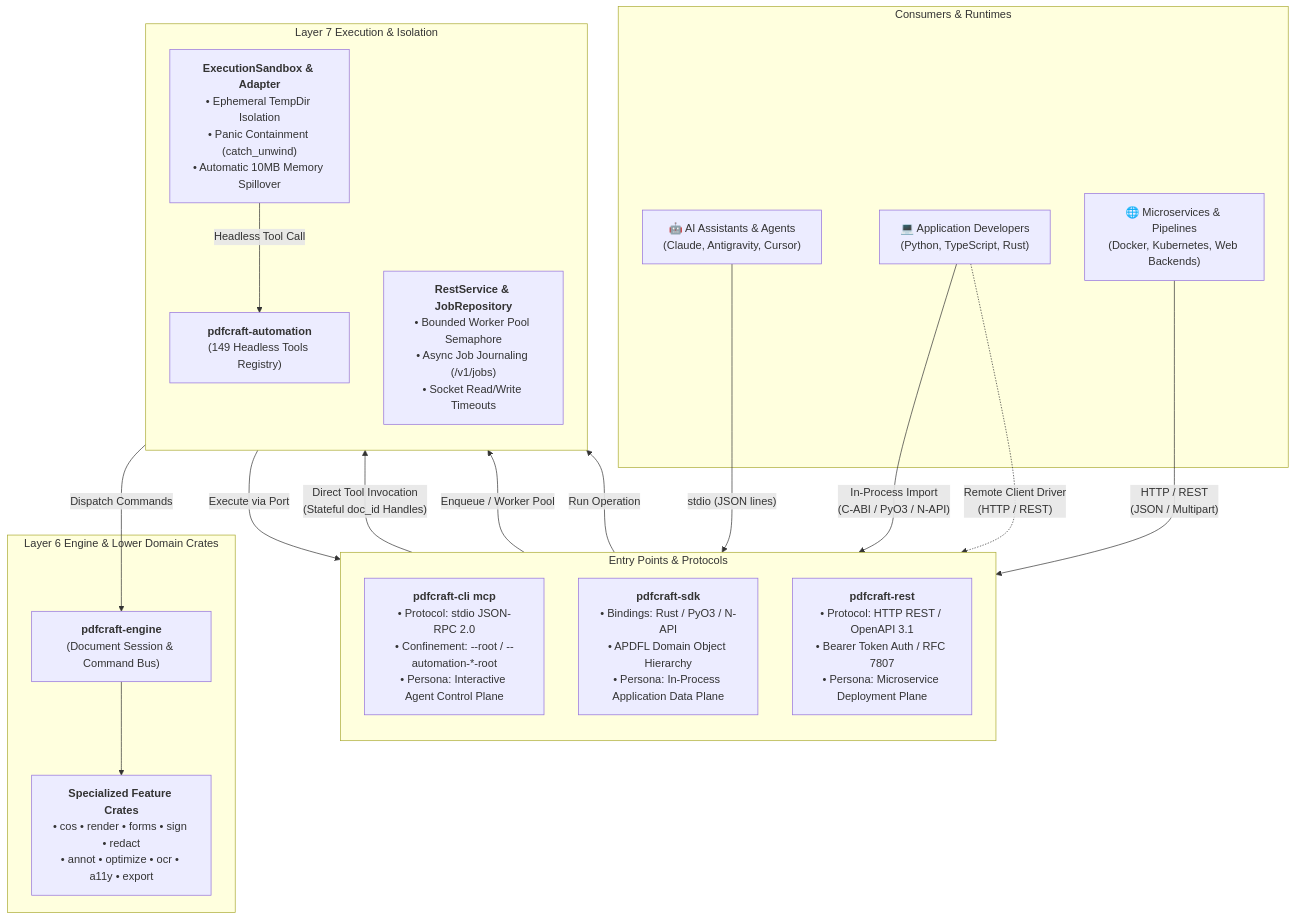
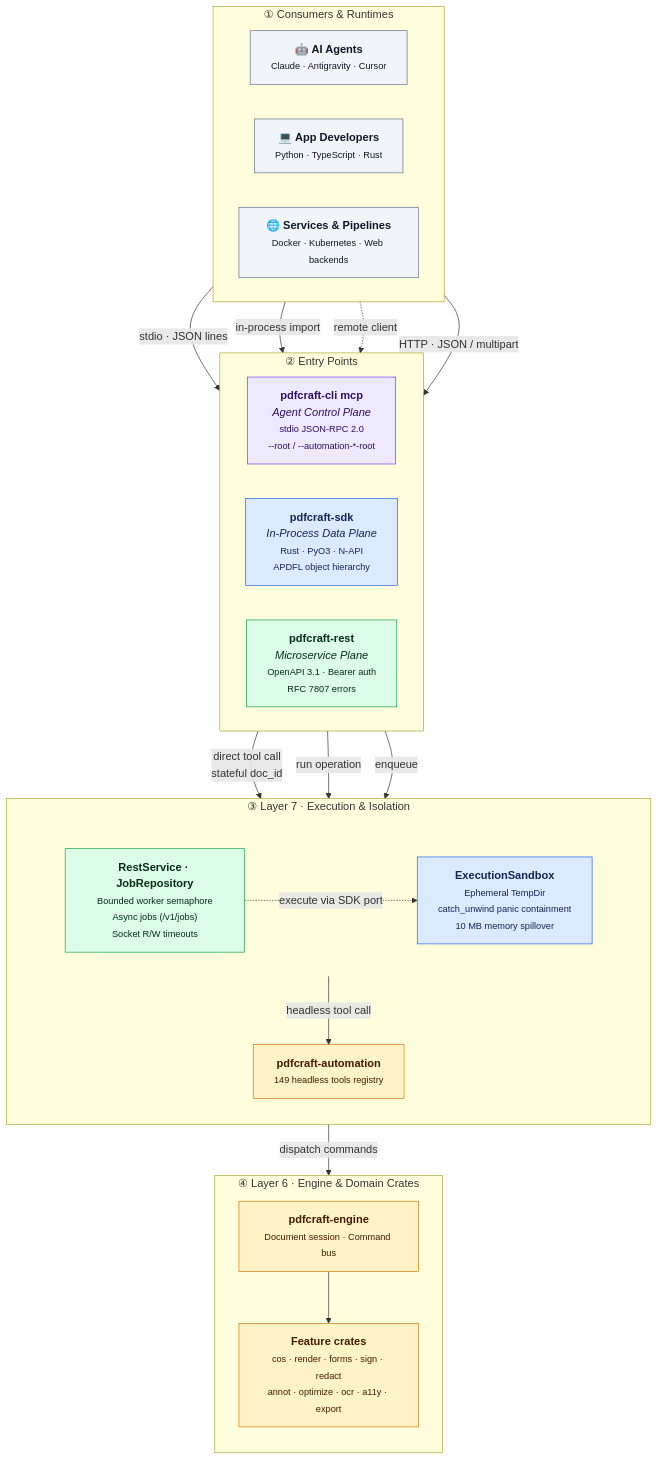
One commit to OddTony/clone.pdfcraft changed the diagram in docs/sdk/control-planes.md. Above: the diagram before and after it, drawn with Mermaid. The commit also changed other lines of this file and 1 other file, not shown here.

Commit message:
docs(sdk): adopt styled, cleaner Mermaid architecture diagram

````diff
--- a/docs/sdk/control-planes.md
+++ b/docs/sdk/control-planes.md
@@ -12,42 +12,66 @@
 ```mermaid
-flowchart TD
-    subgraph Clients["Consumers & Runtimes"]
-        A["🤖 AI Assistants & Agents\n(Claude, Antigravity, Cursor)"]
-        B["💻 Application Developers\n(Python, TypeScript, Rust)"]
-        C["🌐 Microservices & Pipelines\n(Docker, Kubernetes, Web Backends)"]
+flowchart TB
+    %% ───────────── Layer: Consumers ─────────────
+    subgraph L1["① Consumers & Runtimes"]
+        direction LR
+        A["🤖 <b>AI Agents</b><br/><small>Claude · Antigravity · Cursor</small>"]
+        B["💻 <b>App Developers</b><br/><small>Python · TypeScript · Rust</small>"]
+        C["🌐 <b>Services & Pipelines</b><br/><small>Docker · Kubernetes · Web backends</small>"]
     end
 
-    subgraph EntryPoints["Entry Points & Protocols"]
-        direction TB
-        MCP["<b>pdfcraft-cli mcp</b>\n• Protocol: stdio JSON-RPC 2.0\n• Confinement: --root / --automation-*-root\n• Persona: Interactive Agent Control Plane"]
-        SDK["<b>pdfcraft-sdk</b>\n• Bindings: Rust / PyO3 / N-API\n• APDFL Domain Object Hierarchy\n• Persona: In-Process Application Data Plane"]
-        REST["<b>pdfcraft-rest</b>\n• Protocol: HTTP REST / OpenAPI 3.1\n• Bearer Token Auth / RFC 7807\n• Persona: Microservice Deployment Plane"]
+    %% ───────────── Layer: Entry Points ─────────────
+    subgraph L2["② Entry Points"]
+        direction LR
+        MCP["<b>pdfcraft-cli mcp</b><br/><i>Agent Control Plane</i><br/><small>stdio JSON-RPC 2.0<br/>--root / --automation-*-root</small>"]
+        SDK["<b>pdfcraft-sdk</b><br/><i>In-Process Data Plane</i><br/><small>Rust · PyO3 · N-API<br/>APDFL object hierarchy</small>"]
+        REST["<b>pdfcraft-rest</b><br/><i>Microservice Plane</i><br/><small>OpenAPI 3.1 · Bearer auth<br/>RFC 7807 errors</small>"]
     end
 
-    subgraph ExecutionLayer["Layer 7 Execution & Isolation"]
+    %% ───────────── Layer 7: Execution ─────────────
+    subgraph L3["③ Layer 7 · Execution & Isolation"]
         direction TB
-        AUTO["<b>pdfcraft-automation</b>\n(149 Headless Tools Registry)"]
-        SANDBOX["<b>ExecutionSandbox & Adapter</b>\n• Ephemeral TempDir Isolation\n• Panic Containment (catch_unwind)\n• Automatic 10MB Memory Spillover"]
-        QUEUE["<b>RestService & JobRepository</b>\n• Bounded Worker Pool Semaphore\n• Async Job Journaling (/v1/jobs)\n• Socket Read/Write Timeouts"]
+        subgraph L3a[" "]
+            direction LR
+            SANDBOX["<b>ExecutionSandbox</b><br/><small>Ephemeral TempDir<br/>catch_unwind panic containment<br/>10 MB memory spillover</small>"]
+            QUEUE["<b>RestService · JobRepository</b><br/><small>Bounded worker semaphore<br/>Async jobs (/v1/jobs)<br/>Socket R/W timeouts</small>"]
+        end
+        AUTO["<b>pdfcraft-automation</b><br/><small>149 headless tools registry</small>"]
     end
 
-    subgraph CoreEngine["Layer 6 Engine & Lower Domain Crates"]
-        ENGINE["<b>pdfcraft-engine</b>\n(Document Session & Command Bus)"]
-        CRATES["<b>Specialized Feature Crates</b>\n• cos • render • forms • sign • redact\n• annot • optimize • ocr • a11y • export"]
+    %% ───────────── Layer 6: Engine ─────────────
+    subgraph L4["④ Layer 6 · Engine & Domain Crates"]
+        direction TB
+        ENGINE["<b>pdfcraft-engine</b><br/><small>Document session · Command bus</small>"]
+        CRATES["<b>Feature crates</b><br/><small>cos · render · forms · sign · redact<br/>annot · optimize · ocr · a11y · export</small>"]
     end
 
-    %% Client connections
-    A -->|"stdio (JSON lines)"| MCP
-    B -->|"In-Process Import\n(C-ABI / PyO3 / N-API)"| SDK
-    B -.->|"Remote Client Driver\n(HTTP / REST)"| REST
-    C -->|"HTTP / REST\n(JSON / Multipart)"| REST
+    %% ───────────── Edges ─────────────
+    A  -->|"stdio · JSON lines"| MCP
+    B  -->|"in-process import"| SDK
+    B  -.->|"remote client"| REST
+    C  -->|"HTTP · JSON / multipart"| REST
 
-    %% Internal routing
-    MCP -->|"Direct Tool Invocation\n(Stateful doc_id Handles)"| AUTO
-    REST -->|"Enqueue / Worker Pool"| QUEUE
-    QUEUE -->|"Execute via Port"| SDK
-    SDK -->|"Run Operation"| SANDBOX
-    SANDBOX -->|"Headless Tool Call"| AUTO
-    AUTO -->|"Dispatch Commands"| ENGINE
+    MCP     -->|"direct tool call<br/>stateful doc_id"| AUTO
+    SDK     -->|"run operation"| SANDBOX
+    REST    -->|"enqueue"| QUEUE
+    QUEUE   -.->|"execute via SDK port"| SANDBOX
+    SANDBOX -->|"headless tool call"| AUTO
+
+    AUTO   -->|"dispatch commands"| ENGINE
     ENGINE --> CRATES
+
+    %% ───────────── Styling ─────────────
+    classDef consumer fill:#f1f5f9,stroke:#64748b,color:#0f172a
+    classDef agent    fill:#ede9fe,stroke:#7c3aed,color:#2e1065
+    classDef sdk      fill:#dbeafe,stroke:#2563eb,color:#172554
+    classDef rest     fill:#dcfce7,stroke:#16a34a,color:#052e16
+    classDef core     fill:#fef3c7,stroke:#d97706,color:#451a03
+
+    class A,B,C consumer
+    class MCP agent
+    class SDK,SANDBOX sdk
+    class REST,QUEUE rest
+    class AUTO,ENGINE,CRATES core
+
+    style L3a fill:none,stroke:none
 ```
````
